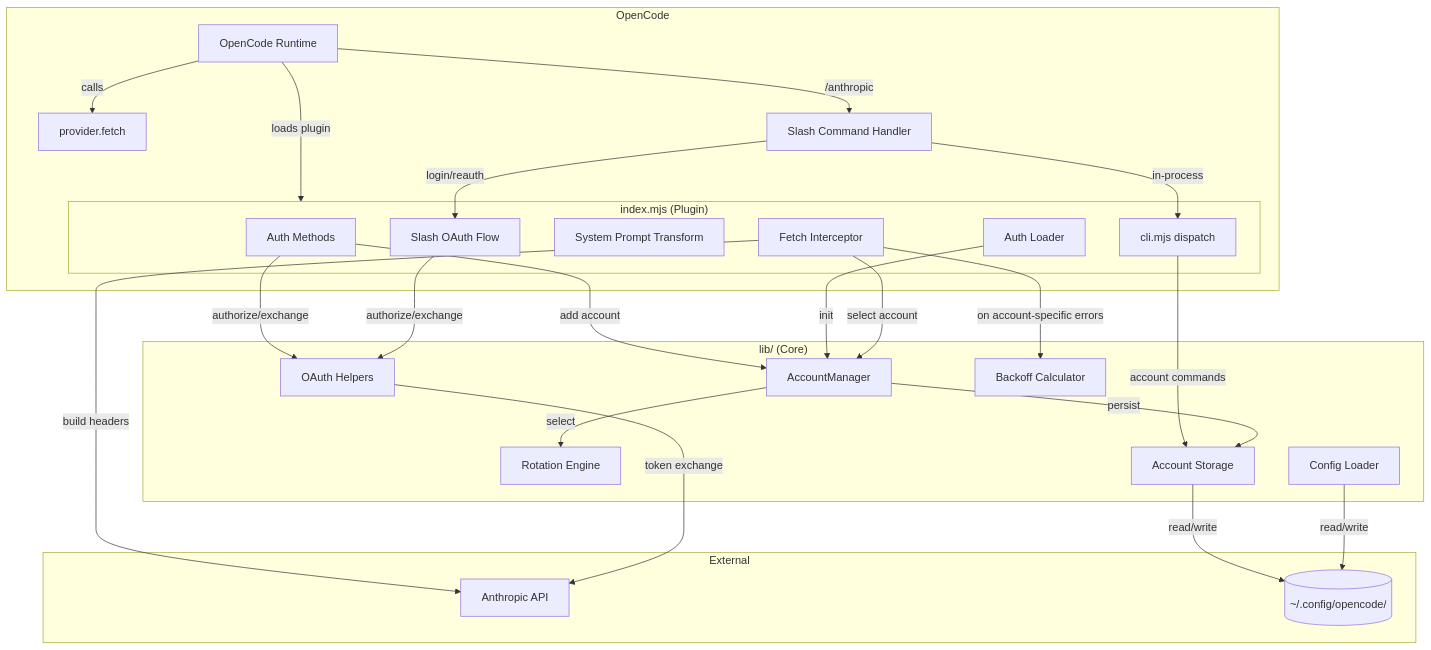
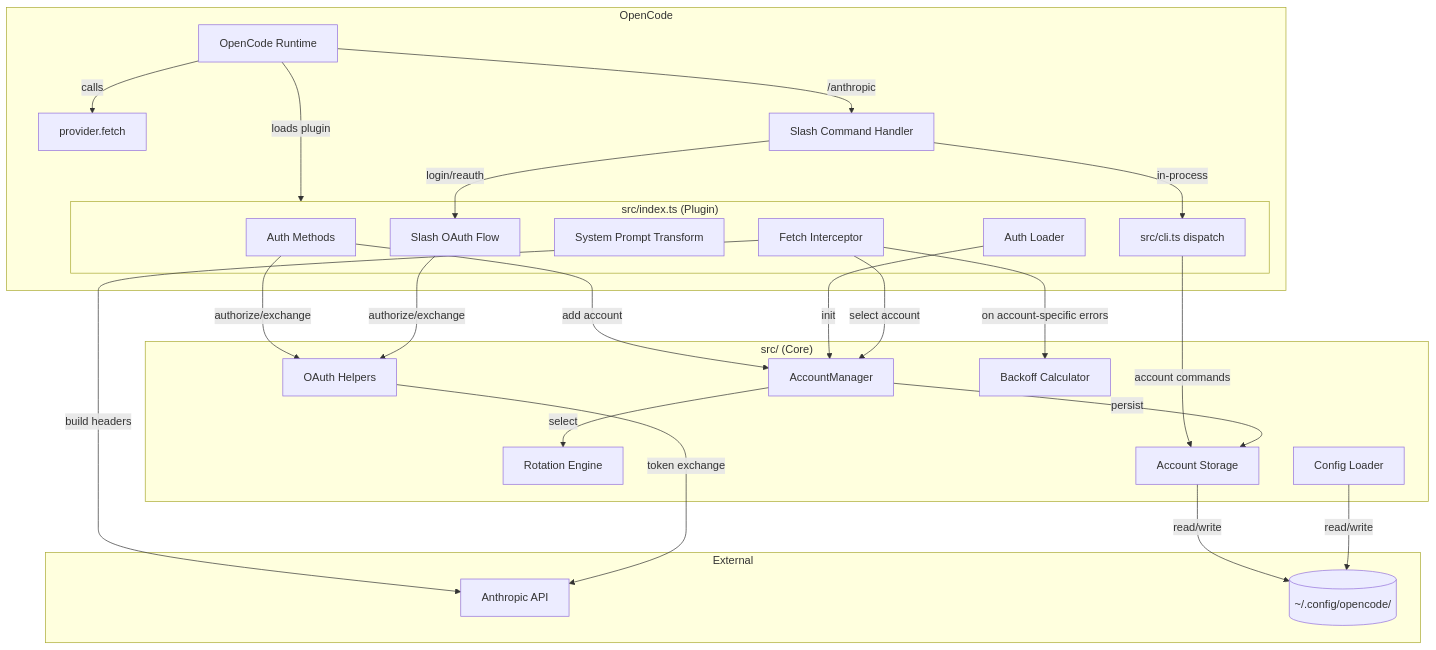
Before and after one commit to Vacbo/opencode-anthropic-fix: the first of 7 diagrams in CONTRIBUTING.md, drawn with Mermaid. The commit also changed other lines of this file and 11 other files, not shown here.

First line of the commit message:
docs: refresh architecture references and add OAuth/request-graph analysis notes

````diff
--- a/CONTRIBUTING.md
+++ b/CONTRIBUTING.md
@@ -77,45 +77,45 @@
 ```mermaid
 graph TB
     subgraph OpenCode
         OC[OpenCode Runtime] -->|loads plugin| Plugin
         OC -->|calls| Fetch[provider.fetch]
         OC -->|/anthropic| SlashCmd[Slash Command Handler]
     end
 
-    subgraph Plugin["index.mjs (Plugin)"]
+    subgraph Plugin["src/index.ts (Plugin)"]
         Auth[Auth Methods]
         Loader[Auth Loader]
         SysTransform[System Prompt Transform]
         FetchInterceptor[Fetch Interceptor]
-        SlashCmd -->|in-process| CLI[cli.mjs dispatch]
+        SlashCmd -->|in-process| CLI[src/cli.ts dispatch]
         SlashCmd -->|login/reauth| OAuthFlow[Slash OAuth Flow]
     end
 
-    subgraph Core["lib/ (Core)"]
+    subgraph Core["src/ (Core)"]
         OAuth[OAuth Helpers]
         AM[AccountManager]
         Rotation[Rotation Engine]
         Backoff[Backoff Calculator]
         Config[Config Loader]
         Storage[Account Storage]
     end
 
     subgraph External
         Anthropic[Anthropic API]
         Disk[(~/.config/opencode/)]
     end
 
     Auth -->|authorize/exchange| OAuth
     OAuthFlow -->|authorize/exchange| OAuth
     CLI -->|account commands| Storage
     Auth -->|add account| AM
     Loader -->|init| AM
     FetchInterceptor -->|select account| AM
     FetchInterceptor -->|build headers| Anthropic
     FetchInterceptor -->|on account-specific errors| Backoff
     AM -->|select| Rotation
     AM -->|persist| Storage
     Storage -->|read/write| Disk
     Config -->|read/write| Disk
     OAuth -->|token exchange| Anthropic
 ```
````
